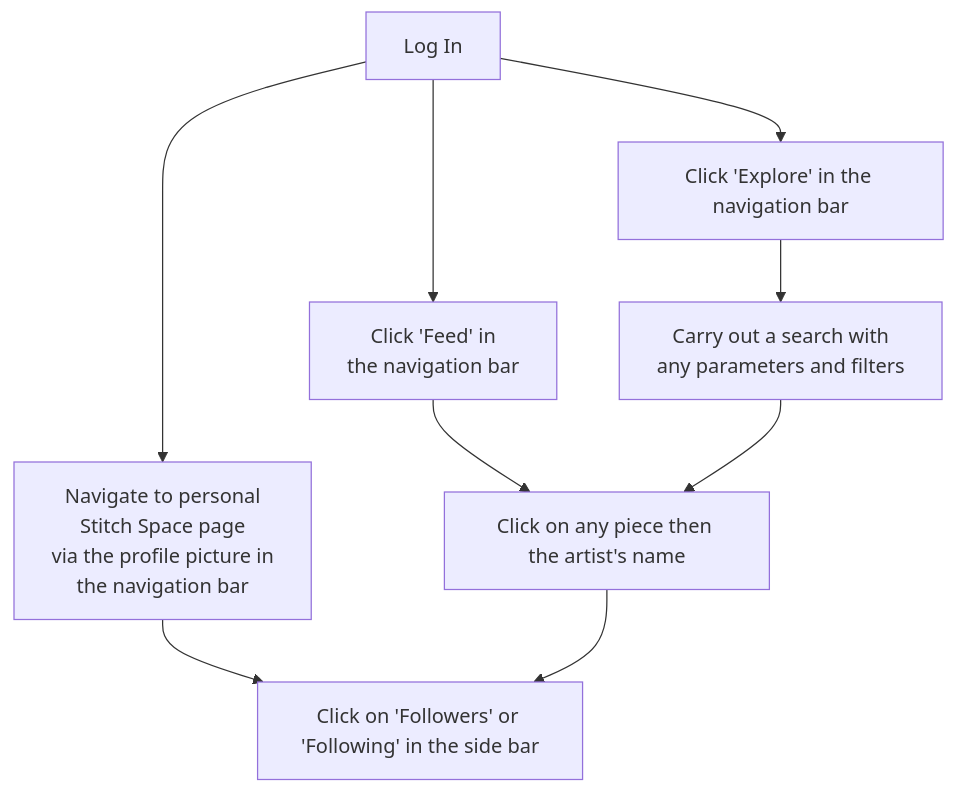
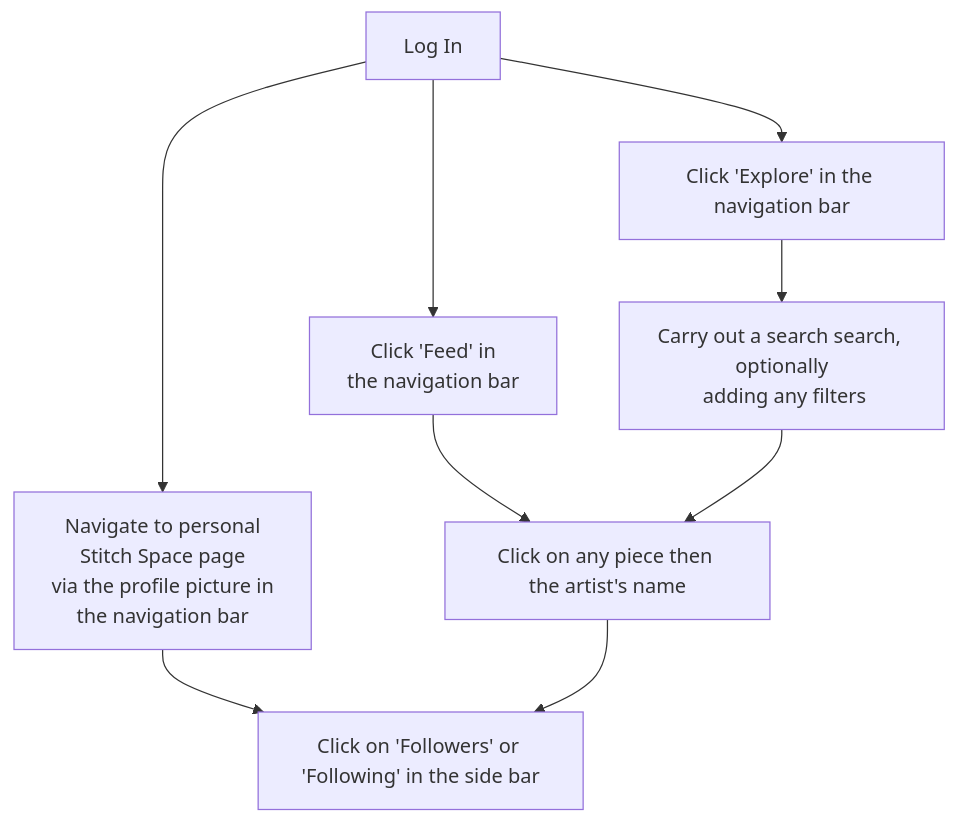
The fifth of 6 diagrams in README.md (EvitaKnits/stitch-space), drawn with Mermaid before and after one commit. The commit also changed other lines of this file and 6 other files, not shown here.

Commit message:
Update README with up-to-date information + bugs Updates include the mermaid flowcharts for the user journeys, some screenshots, the features section, the bugs section and sprint 3 info.

````diff
--- a/README.md
+++ b/README.md
@@ -120,11 +163,11 @@
 ```mermaid
 flowchart TD
     A[Log In] --> B[Navigate to personal \n Stitch Space page \n via the profile picture in \n the navigation bar]
     A --> C[Click 'Feed' in \n the navigation bar]
     A --> D[Click 'Explore' in the navigation bar]
     B --> E[Click on 'Followers' or 'Following' in the side bar]
     C --> F[Click on any piece then the artist's name]
-    D --> G[Carry out a search with \n any parameters and filters]
+    D --> G[Carry out a search search, optionally\n adding any filters]
     G --> F
     F --> E
 ```
````
